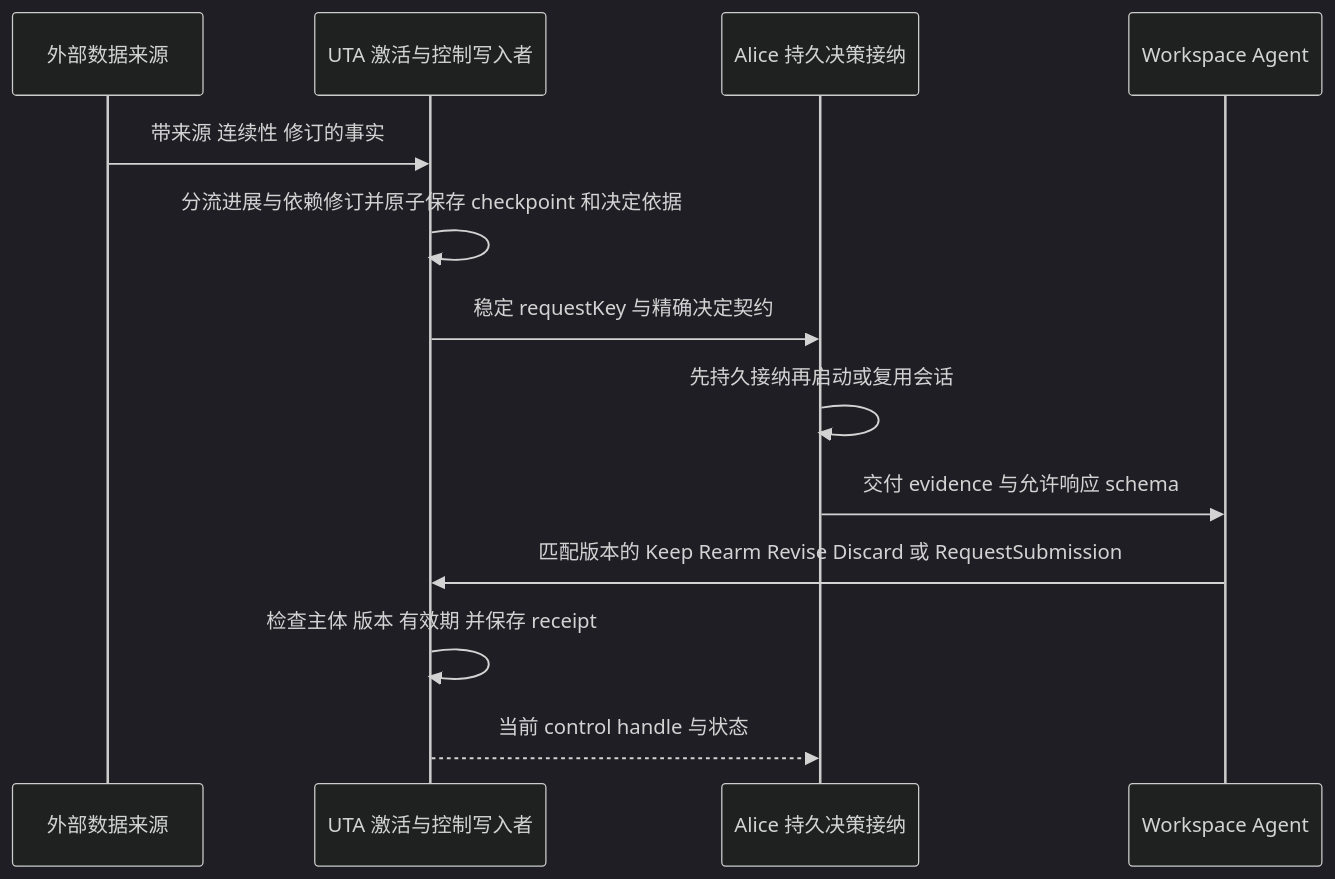
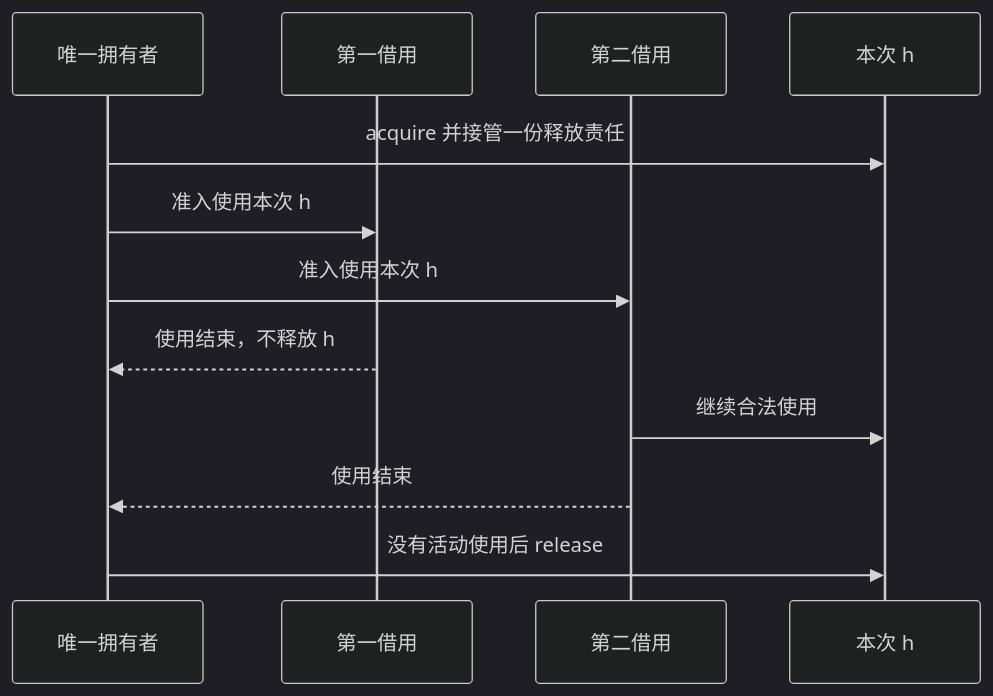
One commit to mouriya-s-lab/OpenAlice changed diagram 17 of 53 in docs/uta-capability-runtime-design.md. Above: the diagram before and after it, drawn with Mermaid (dark theme). The commit also changed other lines of this file and 175 other files, not shown here.

````diff
--- a/docs/uta-capability-runtime-design.md
+++ b/docs/uta-capability-runtime-design.md
@@ -1014,15 +734,14 @@
 ```mermaid
 sequenceDiagram
-  participant Source as 外部数据来源
-  participant UTA as UTA 激活与控制写入者
-  participant Alice as Alice 持久决策接纳
-  participant Agent as Workspace Agent
-  Source->>UTA: 带来源 连续性 修订的事实
-  UTA->>UTA: 分流进展与依赖修订并原子保存 checkpoint 和决定依据
-  UTA->>Alice: 稳定 requestKey 与精确决定契约
-  Alice->>Alice: 先持久接纳再启动或复用会话
-  Alice->>Agent: 交付 evidence 与允许响应 schema
-  Agent->>UTA: 匹配版本的 Keep Rearm Revise Discard 或 RequestSubmission
-  UTA->>UTA: 检查主体 版本 有效期 并保存 receipt
-  UTA-->>Alice: 当前 control handle 与状态
+    participant Owner as 唯一拥有者
+    participant First as 第一借用
+    participant Second as 第二借用
+    participant Resource as 本次 h
+    Owner->>Resource: acquire 并接管一份释放责任
+    Owner->>First: 准入使用本次 h
+    Owner->>Second: 准入使用本次 h
+    First-->>Owner: 使用结束，不释放 h
+    Second->>Resource: 继续合法使用
+    Second-->>Owner: 使用结束
+    Owner->>Resource: 没有活动使用后 release
 ```
````
